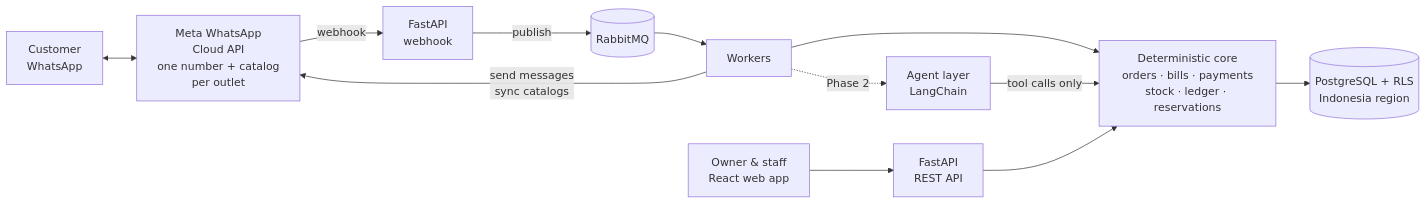
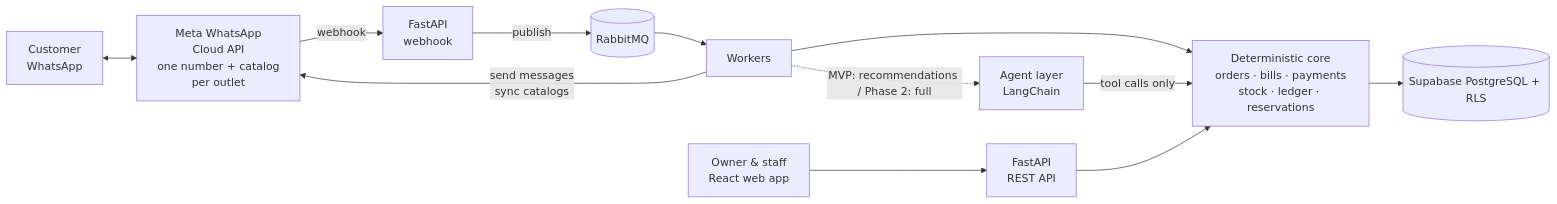
One commit to hasnanmr/PoS-web-agentic changed the diagram in PRD-SME-Automation-Platform.md. Above: the diagram before and after it, drawn with Mermaid. The commit also changed other lines of this file and 2 other files, not shown here.

First line of the commit message:
Add hosting, AI recommendations, and staff attendance (PRD v0.10)

````diff
--- a/PRD-SME-Automation-Platform.md
+++ b/PRD-SME-Automation-Platform.md
@@ -375,14 +395,14 @@
 ```mermaid
 flowchart LR
   C[Customer<br/>WhatsApp] <--> M[Meta WhatsApp<br/>Cloud API<br/>one number + catalog<br/>per outlet]
   M -->|webhook| W[FastAPI<br/>webhook]
   W -->|publish| Q[(RabbitMQ)]
   Q --> K[Workers]
   K -->|send messages<br/>sync catalogs| M
   O[Owner & staff<br/>React web app] --> A[FastAPI<br/>REST API]
   K --> D[Deterministic core<br/>orders · bills · payments<br/>stock · ledger · reservations]
   A --> D
-  K -. Phase 2 .-> G[Agent layer<br/>LangChain]
+  K -. MVP: recommendations / Phase 2: full .-> G[Agent layer<br/>LangChain]
   G -->|tool calls only| D
-  D --> P[(PostgreSQL + RLS<br/>Indonesia region)]
+  D --> P[(Supabase PostgreSQL + RLS)]
 ```
````
